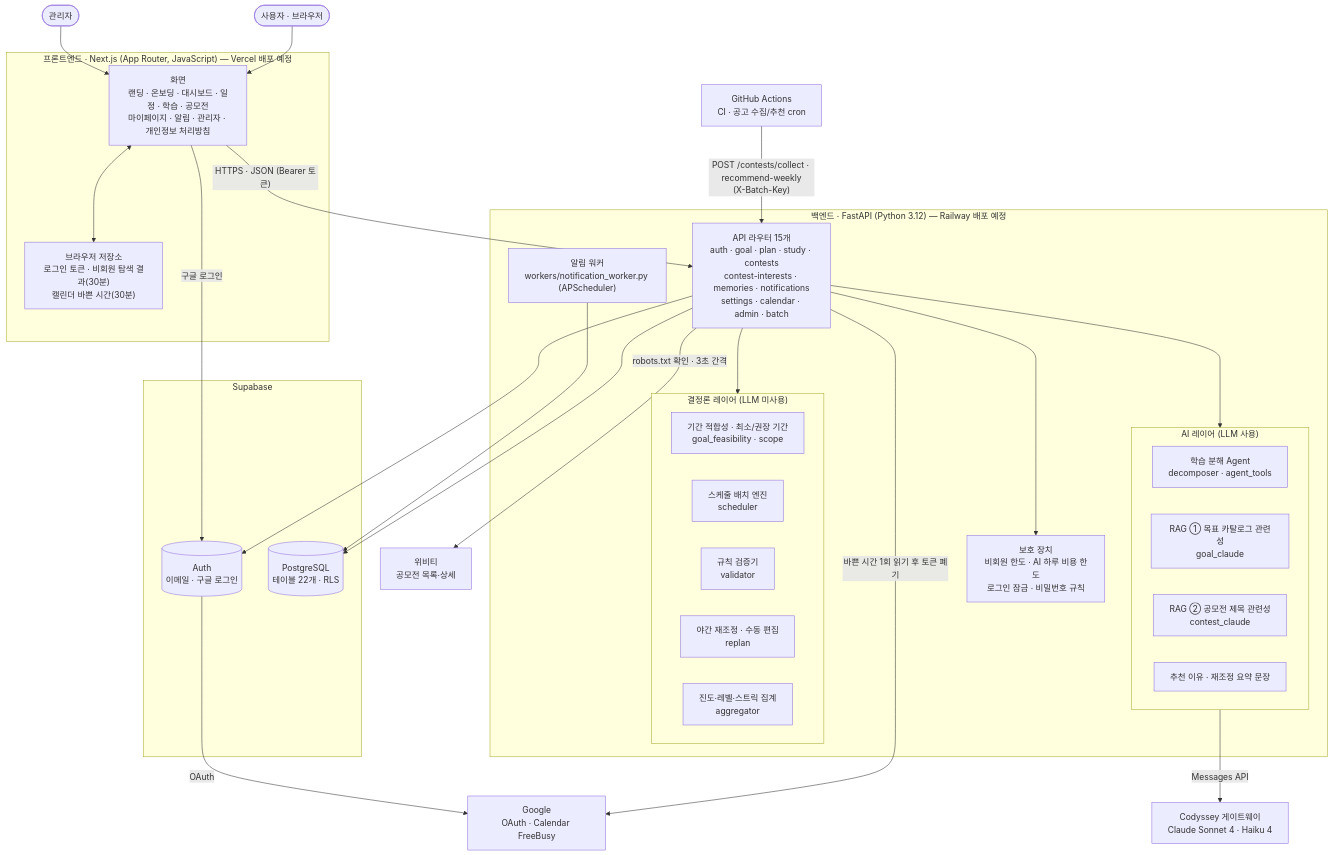
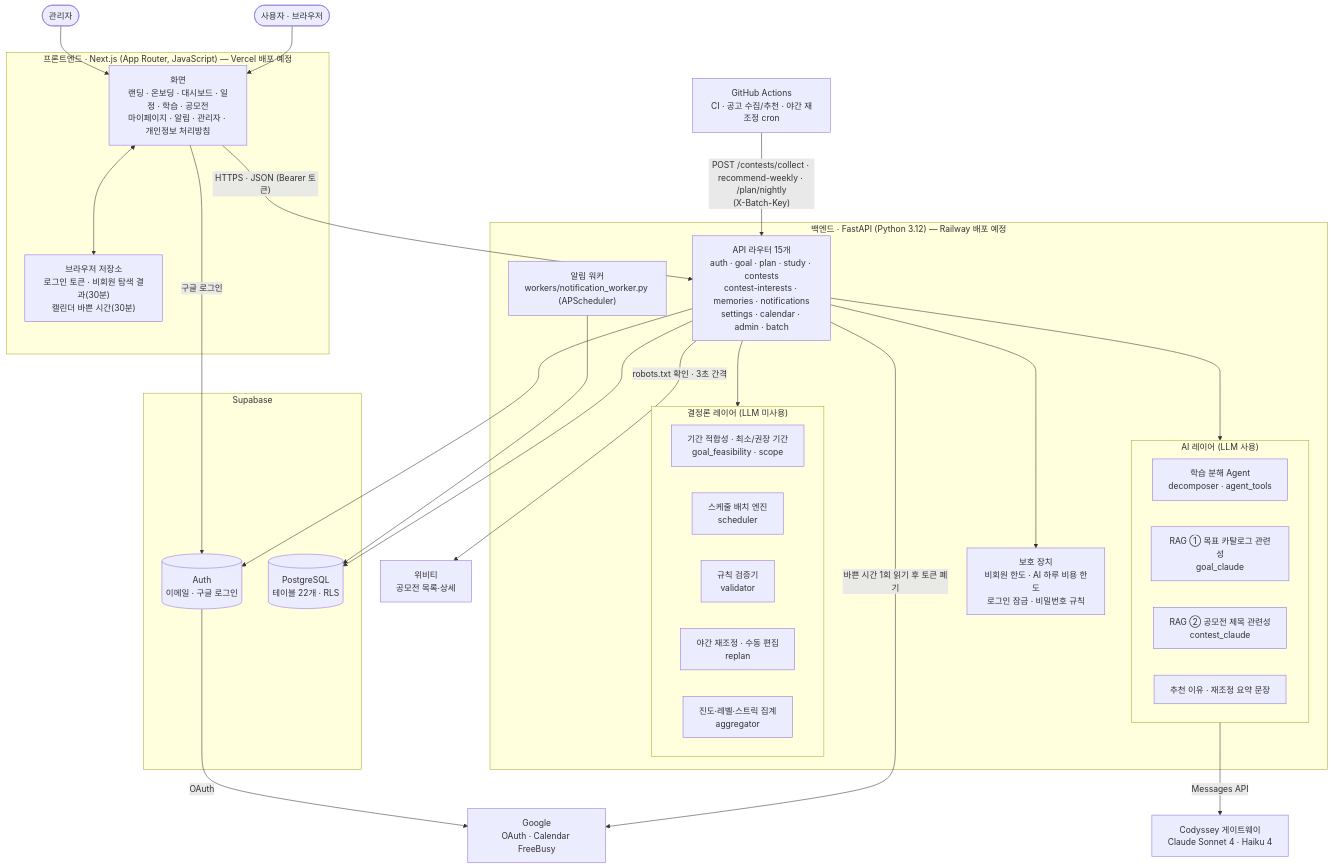
The first of 9 diagrams in docs/architecture.md (dinf7605/Codyssey_FinalProject), drawn with Mermaid before and after one commit. The commit also changed other lines of this file and 8 other files, not shown here.

First line of the commit message:
docs: 기능명세서 비기능명세 시트 · README 현황 표 갱신 · 자동화 도구를 GitHub Actions 로 통일

````diff
--- a/docs/architecture.md
+++ b/docs/architecture.md
@@ -8,56 +8,56 @@
 ```mermaid
 flowchart TB
     user(["사용자 · 브라우저"])
     admin(["관리자"])
 
     subgraph FE["프론트엔드 · Next.js (App Router, JavaScript) — Vercel 배포 예정"]
         pages["화면<br/>랜딩 · 온보딩 · 대시보드 · 일정 · 학습 · 공모전<br/>마이페이지 · 알림 · 관리자 · 개인정보 처리방침"]
         session["브라우저 저장소<br/>로그인 토큰 · 비회원 탐색 결과(30분)<br/>캘린더 바쁜 시간(30분)"]
     end
 
     subgraph BE["백엔드 · FastAPI (Python 3.12) — Railway 배포 예정"]
         api["API 라우터 15개<br/>auth · goal · plan · study · contests<br/>contest-interests · memories · notifications<br/>settings · calendar · admin · batch"]
         subgraph AIL["AI 레이어 (LLM 사용)"]
             agent["학습 분해 Agent<br/>decomposer · agent_tools"]
             rag1["RAG ① 목표 카탈로그 관련성<br/>goal_claude"]
             rag2["RAG ② 공모전 제목 관련성<br/>contest_claude"]
             words["추천 이유 · 재조정 요약 문장"]
         end
         subgraph DL["결정론 레이어 (LLM 미사용)"]
             feas["기간 적합성 · 최소/권장 기간<br/>goal_feasibility · scope"]
             sched["스케줄 배치 엔진<br/>scheduler"]
             valid["규칙 검증기<br/>validator"]
             replan["야간 재조정 · 수동 편집<br/>replan"]
             pace["진도·레벨·스트릭 집계<br/>aggregator"]
         end
         guard["보호 장치<br/>비회원 한도 · AI 하루 비용 한도<br/>로그인 잠금 · 비밀번호 규칙"]
         worker["알림 워커<br/>workers/notification_worker.py (APScheduler)"]
     end
 
     subgraph SB["Supabase"]
         auth[("Auth<br/>이메일 · 구글 로그인")]
         pg[("PostgreSQL<br/>테이블 22개 · RLS")]
     end
 
     llm["Codyssey 게이트웨이<br/>Claude Sonnet 4 · Haiku 4"]
     google["Google<br/>OAuth · Calendar FreeBusy"]
     wevity["위비티<br/>공모전 목록·상세"]
-    gha["GitHub Actions<br/>CI · 공고 수집/추천 cron"]
+    gha["GitHub Actions<br/>CI · 공고 수집/추천 · 야간 재조정 cron"]
 
     user --> pages
     admin --> pages
     pages <--> session
     pages -- "HTTPS · JSON (Bearer 토큰)" --> api
     pages -- "구글 로그인" --> auth
     api --> AIL
     api --> DL
     api --> guard
     AIL -- "Messages API" --> llm
     api --> pg
     api --> auth
     worker --> pg
     api -- "바쁜 시간 1회 읽기 후 토큰 폐기" --> google
     auth -- "OAuth" --> google
-    gha -- "POST /contests/collect · recommend-weekly<br/>(X-Batch-Key)" --> api
+    gha -- "POST /contests/collect · recommend-weekly · /plan/nightly<br/>(X-Batch-Key)" --> api
     api -- "robots.txt 확인 · 3초 간격" --> wevity
 ```
````
